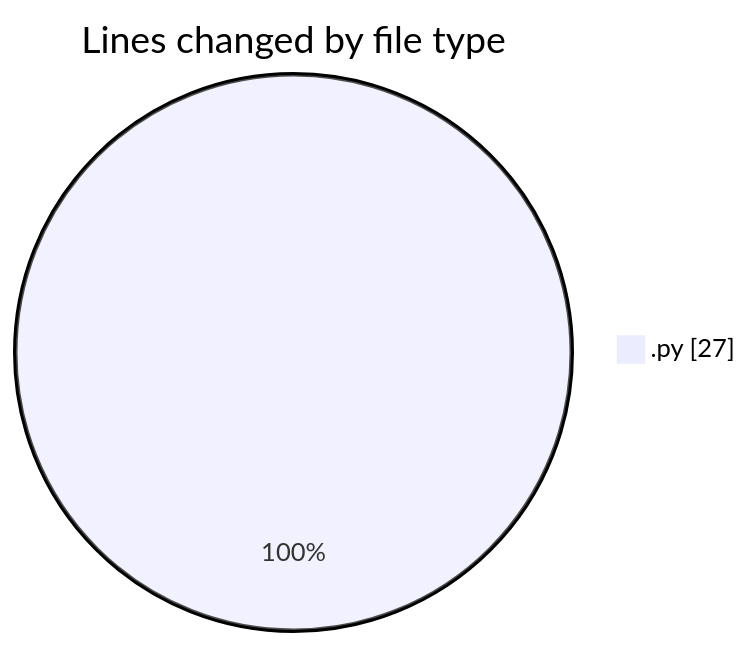
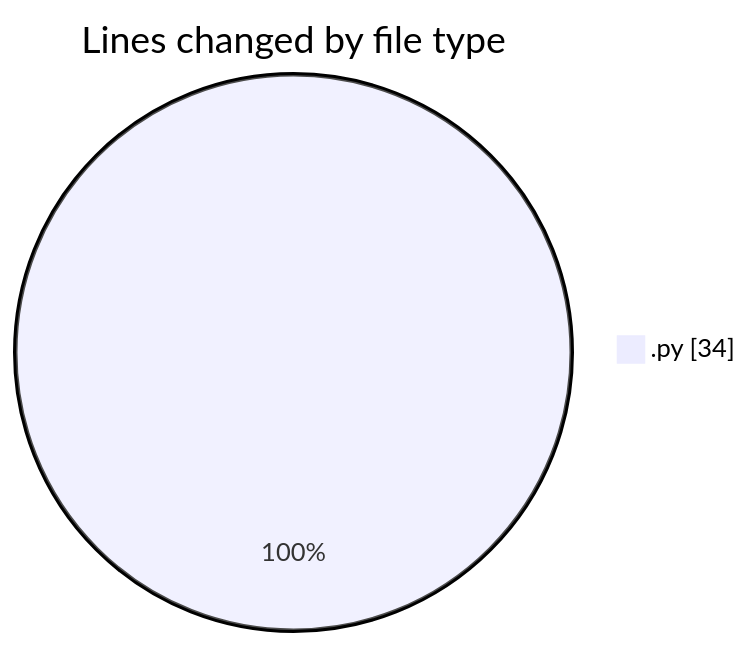
Before and after one commit to MatusMokan/code-tracking: the first of 2 diagrams in 2025-04-20/myws__workspace_/README.md, drawn with Mermaid. The commit also changed other lines of this file and 1 other file, not shown here.

````diff
--- a/2025-04-20/myws__workspace_/README.md
+++ b/2025-04-20/myws__workspace_/README.md
@@ -20,5 +20,5 @@
 ```mermaid
 pie showData
 title Lines changed by file type
-".py" : 27
+".py" : 34
 ```
````
